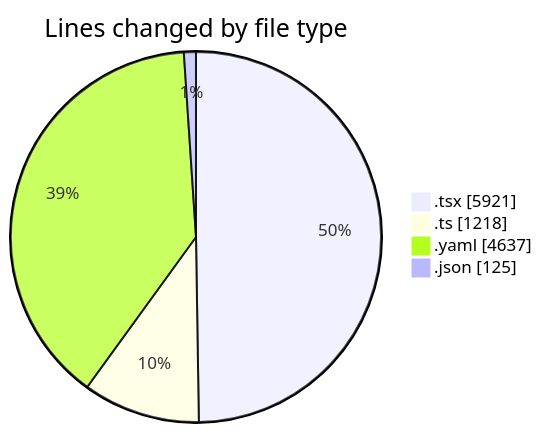
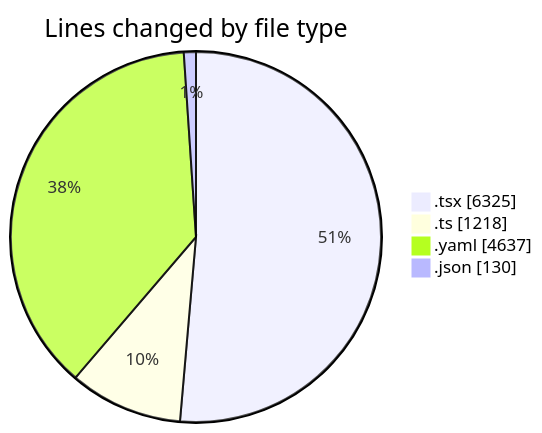
The first of 2 diagrams in 2025-10-13/eventscop-frontend-guide__workspace_/README.md (julien-gomy/code-tracking), drawn with Mermaid before and after one commit. The commit also changed other lines of this file and 1 other file, not shown here.

````diff
--- a/2025-10-13/eventscop-frontend-guide__workspace_/README.md
+++ b/2025-10-13/eventscop-frontend-guide__workspace_/README.md
@@ -55,8 +56,8 @@
 ```mermaid
 pie showData
 title Lines changed by file type
-".tsx" : 5921
+".tsx" : 6325
 ".ts" : 1218
 ".yaml" : 4637
-".json" : 125
+".json" : 130
 ```
````
